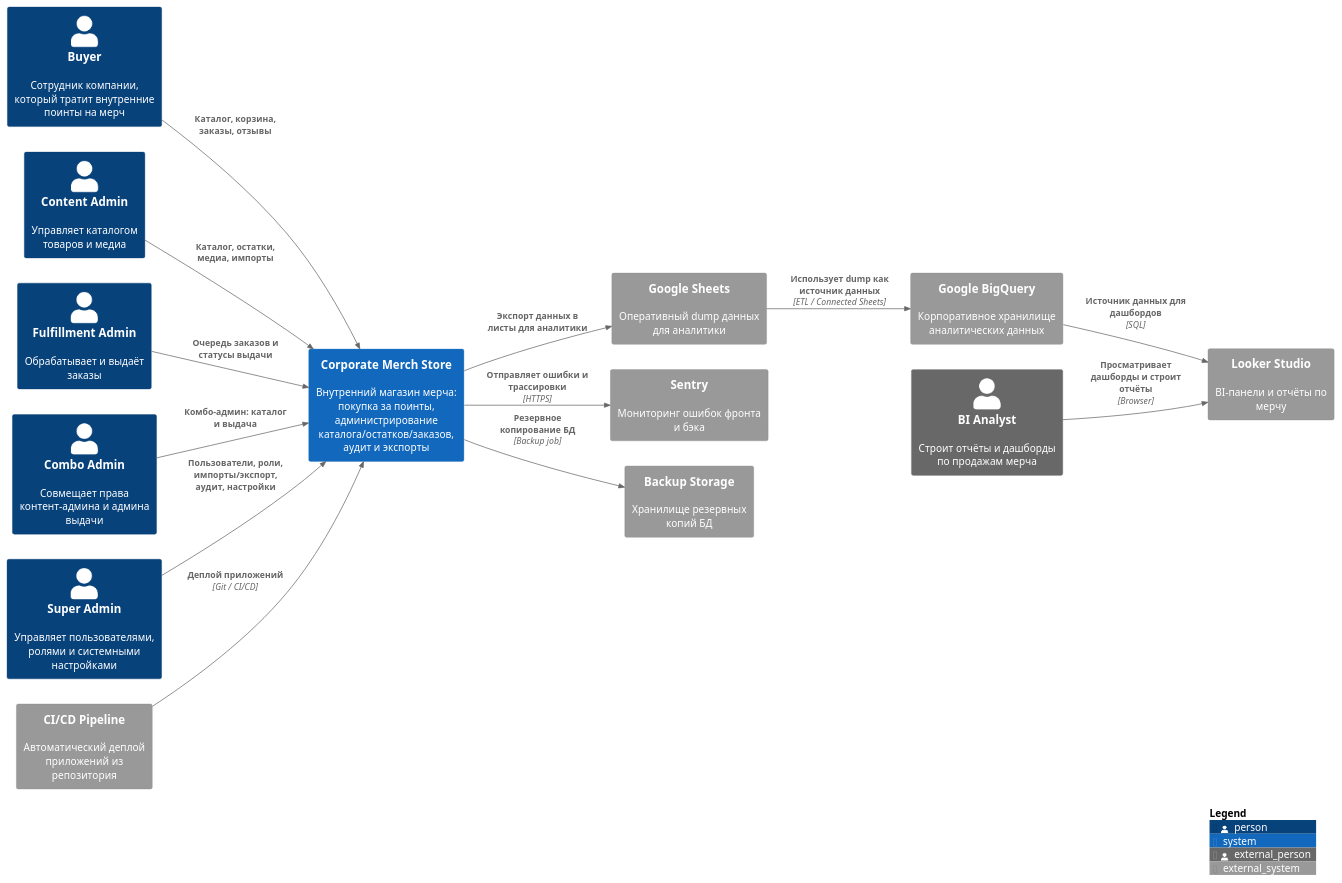
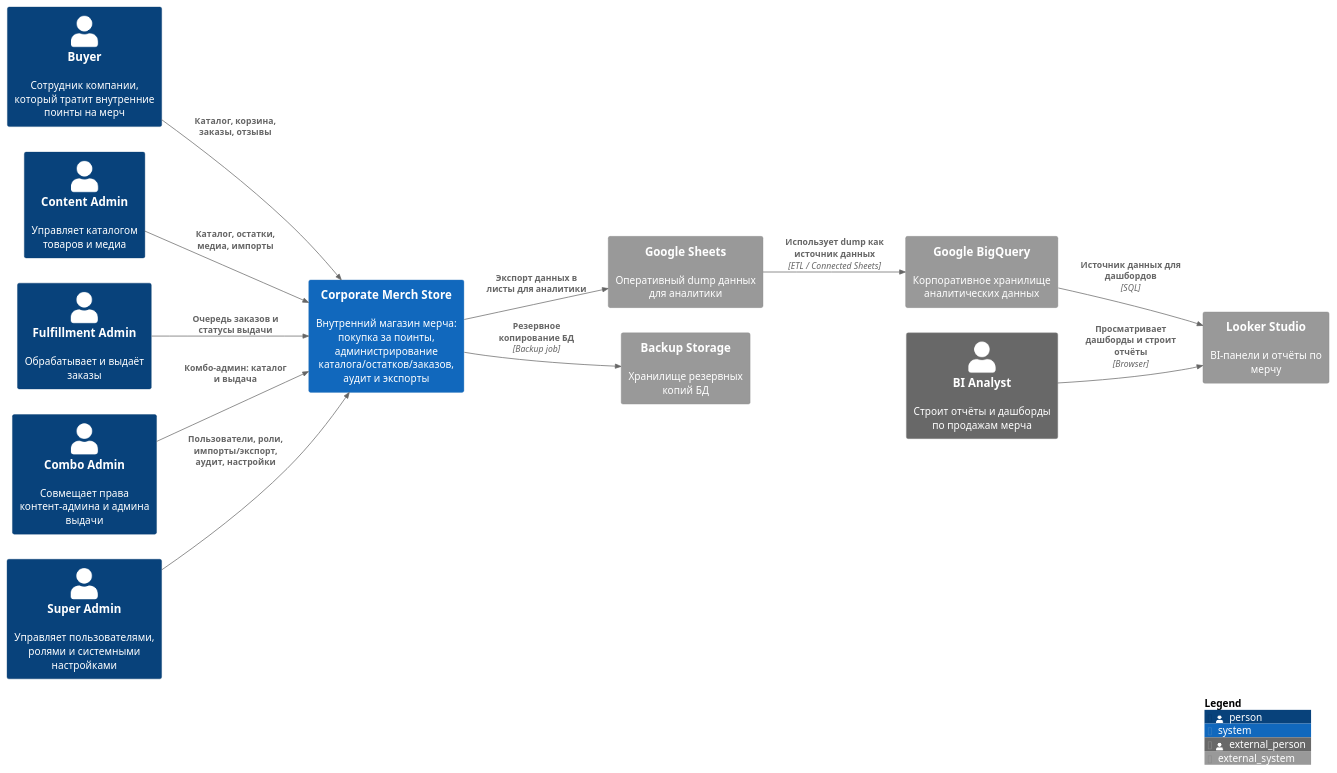
Before and after one commit to saurusel/PAPS_labs_MAOlenin: the diagram in Lab Work № 2/PlantUML/c4_context.puml, drawn with PlantUML. The commit also changed 3 other files, not shown here.

Commit message:
fix(c4): apply reviewer feedback to PlantUML diagrams

```diff
--- a/Lab Work № 2/PlantUML/c4_context.puml
+++ b/Lab Work № 2/PlantUML/c4_context.puml
@@ -1,39 +1,35 @@
 @startuml C4_Context
 !includeurl https://raw.githubusercontent.com/plantuml-stdlib/C4-PlantUML/master/C4_Context.puml
 
 LAYOUT_LEFT_RIGHT()
 
 Person(buyer, "Buyer", "Сотрудник компании, который тратит внутренние поинты на мерч")
 Person(content_admin, "Content Admin", "Управляет каталогом товаров и медиа")
 Person(fulfillment_admin, "Fulfillment Admin", "Обрабатывает и выдаёт заказы")
 Person(combo_admin, "Combo Admin", "Совмещает права контент-админа и админа выдачи")
 Person(super_admin, "Super Admin", "Управляет пользователями, ролями и системными настройками")
 Person_Ext(bi_analyst, "BI Analyst", "Строит отчёты и дашборды по продажам мерча")
 
 System(merch_system, "Corporate Merch Store", "Внутренний магазин мерча: покупка за поинты, администрирование каталога/остатков/заказов, аудит и экспорты")
 
 System_Ext(google_sheets, "Google Sheets", "Оперативный dump данных для аналитики")
 System_Ext(bigquery, "Google BigQuery", "Корпоративное хранилище аналитических данных")
 System_Ext(looker, "Looker Studio", "BI-панели и отчёты по мерчу")
 
-System_Ext(sentry, "Sentry", "Мониторинг ошибок фронта и бэка")
-System_Ext(ci_cd, "CI/CD Pipeline", "Автоматический деплой приложений из репозитория")
 System_Ext(backup_storage, "Backup Storage", "Хранилище резервных копий БД")
 
 Rel(buyer, merch_system, "Каталог, корзина, заказы, отзывы")
 Rel(content_admin, merch_system, "Каталог, остатки, медиа, импорты")
 Rel(fulfillment_admin, merch_system, "Очередь заказов и статусы выдачи")
 Rel(combo_admin, merch_system, "Комбо-админ: каталог и выдача")
 Rel(super_admin, merch_system, "Пользователи, роли, импорты/экспорт, аудит, настройки")
 
 Rel(merch_system, google_sheets, "Экспорт данных в листы для аналитики")
 Rel(google_sheets, bigquery, "Использует dump как источник данных", "ETL / Connected Sheets")
 Rel(bigquery, looker, "Источник данных для дашбордов", "SQL")
 Rel(bi_analyst, looker, "Просматривает дашборды и строит отчёты", "Browser")
 
-Rel(merch_system, sentry, "Отправляет ошибки и трассировки", "HTTPS")
-Rel(ci_cd, merch_system, "Деплой приложений", "Git / CI/CD")
 Rel(merch_system, backup_storage, "Резервное копирование БД", "Backup job")
 
 SHOW_LEGEND()
 @enduml
```
